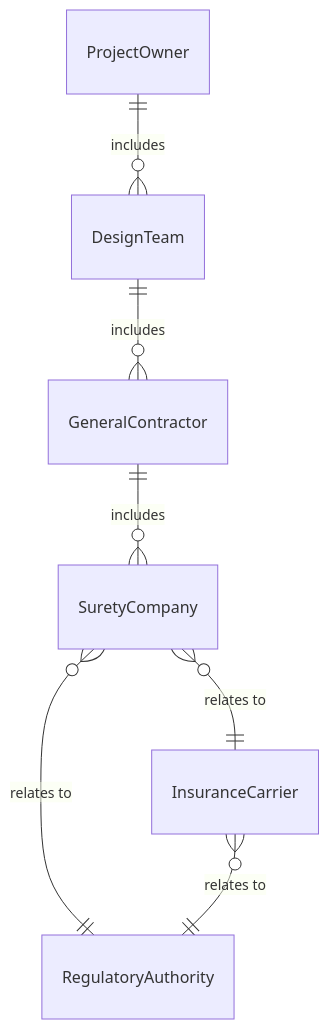
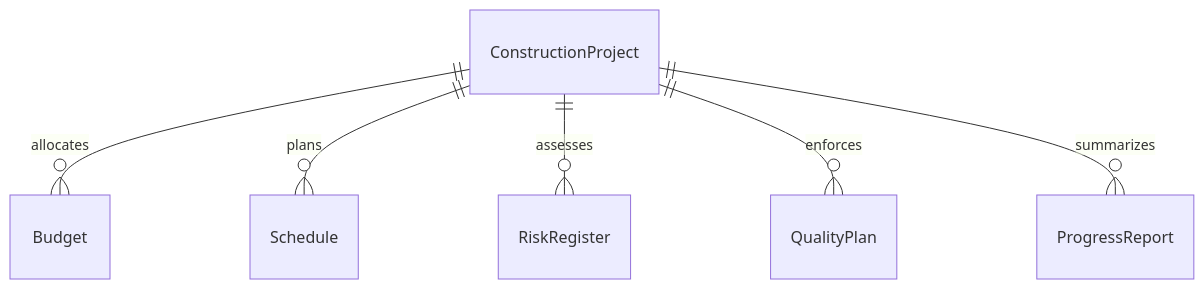
Before and after one commit to dot-org-ai/tasks.org.ai: the first of 4 diagrams in GuidingDirectingAndMotivatingSubordinates/DirectConstructionOrExtractionActivities/ManageConstructionActivities.mdx, drawn with Mermaid. The commit also changed other lines of this file and 515 other files, not shown here.

````diff
--- a/GuidingDirectingAndMotivatingSubordinates/DirectConstructionOrExtractionActivities/ManageConstructionActivities.mdx
+++ b/GuidingDirectingAndMotivatingSubordinates/DirectConstructionOrExtractionActivities/ManageConstructionActivities.mdx
@@ -90,9 +90,8 @@
 ```mermaid
 erDiagram
-    ProjectOwner ||--o{ DesignTeam : includes
-    DesignTeam ||--o{ GeneralContractor : includes
-    GeneralContractor ||--o{ SuretyCompany : includes
-    SuretyCompany }o--|| InsuranceCarrier : "relates to"
-    SuretyCompany }o--|| RegulatoryAuthority : "relates to"
-    InsuranceCarrier }o--|| RegulatoryAuthority : "relates to"
+    ConstructionProject ||--o{ Budget : allocates
+    ConstructionProject ||--o{ Schedule : plans
+    ConstructionProject ||--o{ RiskRegister : assesses
+    ConstructionProject ||--o{ QualityPlan : enforces
+    ConstructionProject ||--o{ ProgressReport : summarizes
 ```
````
